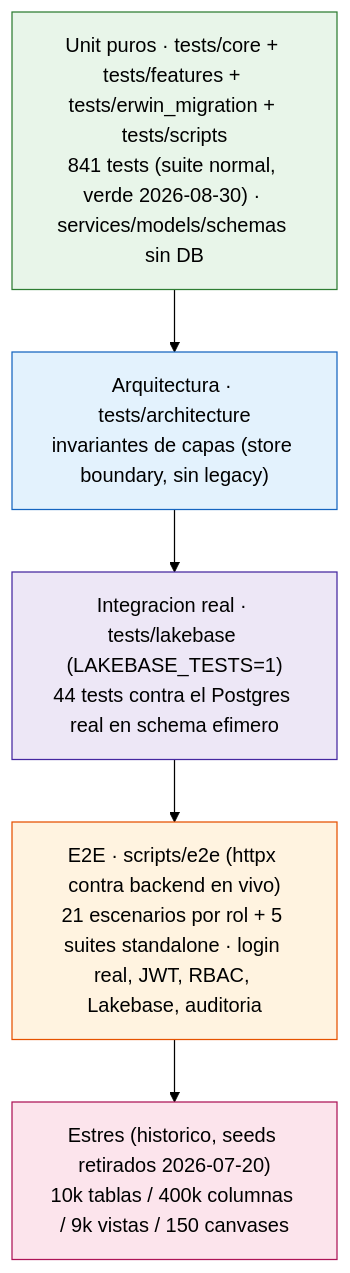
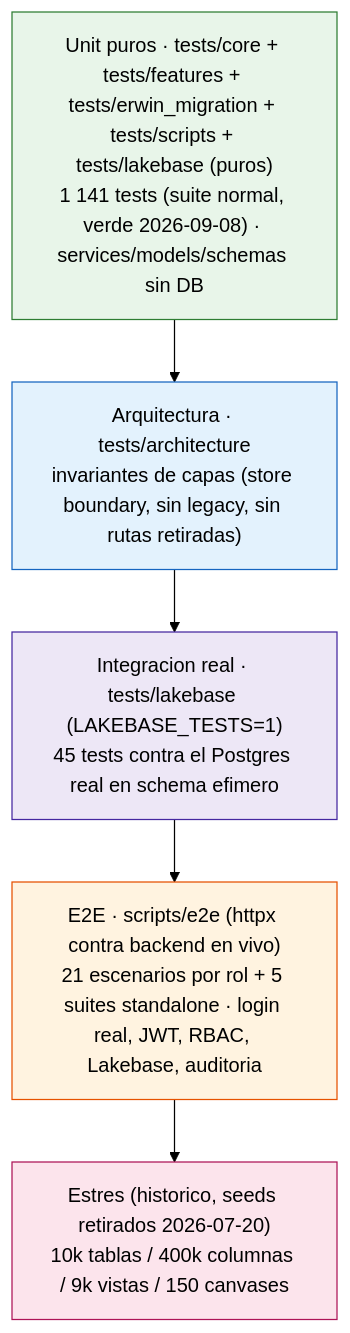
Before and after one commit to Carlosmps97/backend-data-model-hub: the first of 6 diagrams in doc/testing.md, drawn with Mermaid (forest theme). The commit also changed other lines of this file and 248 other files, not shown here.

````diff
--- a/doc/testing.md
+++ b/doc/testing.md
@@ -21,16 +21,16 @@
 ```mermaid
 flowchart TD
     A["Estres (historico, seeds retirados 2026-07-20)<br/>10k tablas / 400k columnas / 9k vistas / 150 canvases"]
     B["E2E · scripts/e2e (httpx contra backend en vivo)<br/>21 escenarios por rol + 5 suites standalone · login real, JWT, RBAC, Lakebase, auditoria"]
-    L["Integracion real · tests/lakebase (LAKEBASE_TESTS=1)<br/>44 tests contra el Postgres real en schema efimero"]
-    C["Arquitectura · tests/architecture<br/>invariantes de capas (store boundary, sin legacy)"]
-    D["Unit puros · tests/core + tests/features + tests/erwin_migration + tests/scripts<br/>841 tests (suite normal, verde 2026-08-30) · services/models/schemas sin DB"]
+    L["Integracion real · tests/lakebase (LAKEBASE_TESTS=1)<br/>45 tests contra el Postgres real en schema efimero"]
+    C["Arquitectura · tests/architecture<br/>invariantes de capas (store boundary, sin legacy, sin rutas retiradas)"]
+    D["Unit puros · tests/core + tests/features + tests/erwin_migration + tests/scripts + tests/lakebase (puros)<br/>1 141 tests (suite normal, verde 2026-09-08) · services/models/schemas sin DB"]
 
     D --> C --> L --> B --> A
 
     style D fill:#e8f5e9,stroke:#2e7d32
     style C fill:#e3f2fd,stroke:#1565c0
     style L fill:#ede7f6,stroke:#4527a0
     style B fill:#fff3e0,stroke:#e65100
     style A fill:#fce4ec,stroke:#ad1457
 ```
````
